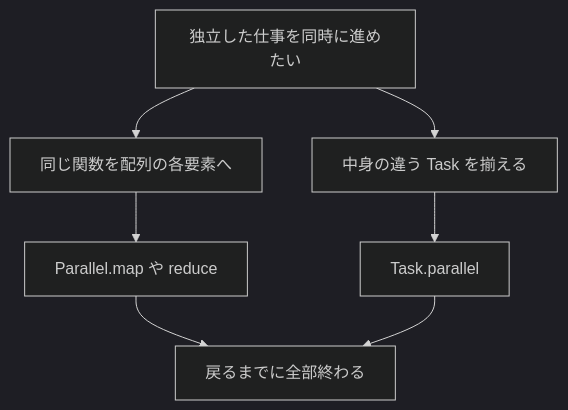
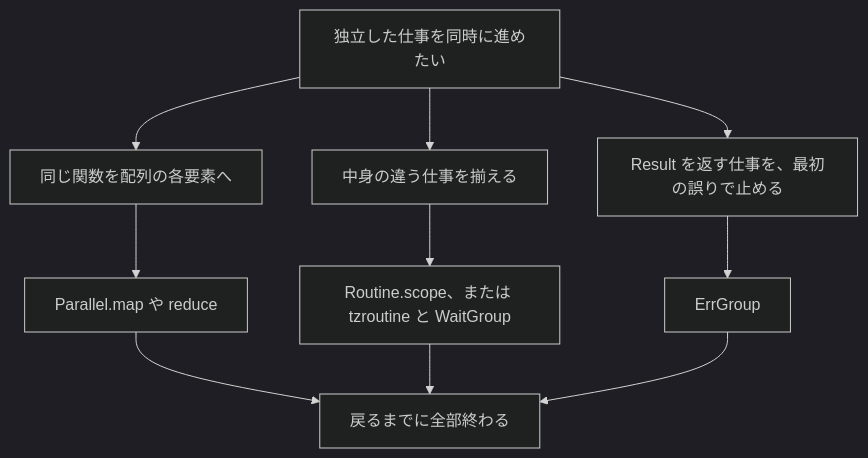
One commit to tatsuya-midorikawa/Tsuzuri changed the diagram in _tsuzuri/language-reference/built-in-types-and-modules/parallel.md. Above: the diagram before and after it, drawn with Mermaid (dark theme). The commit also changed other lines of this file and 261 other files, not shown here.

````diff
--- a/_tsuzuri/language-reference/built-in-types-and-modules/parallel.md
+++ b/_tsuzuri/language-reference/built-in-types-and-modules/parallel.md
@@ -161,10 +162,13 @@
 ```mermaid
 flowchart TD
   goal["独立した仕事を同時に進めたい"]
   goal --> array["同じ関数を配列の各要素へ"]
-  goal --> jobs["中身の違う Task を揃える"]
+  goal --> jobs["中身の違う仕事を揃える"]
+  goal --> errors["Result を返す仕事を、最初の誤りで止める"]
   array --> parallel["Parallel.map や reduce"]
-  jobs --> task["Task.parallel"]
+  jobs --> scope["Routine.scope、または tzroutine と WaitGroup"]
+  errors --> group["ErrGroup"]
   parallel --> join["戻るまでに全部終わる"]
-  task --> join
+  scope --> join
+  group --> join
 ```
````
